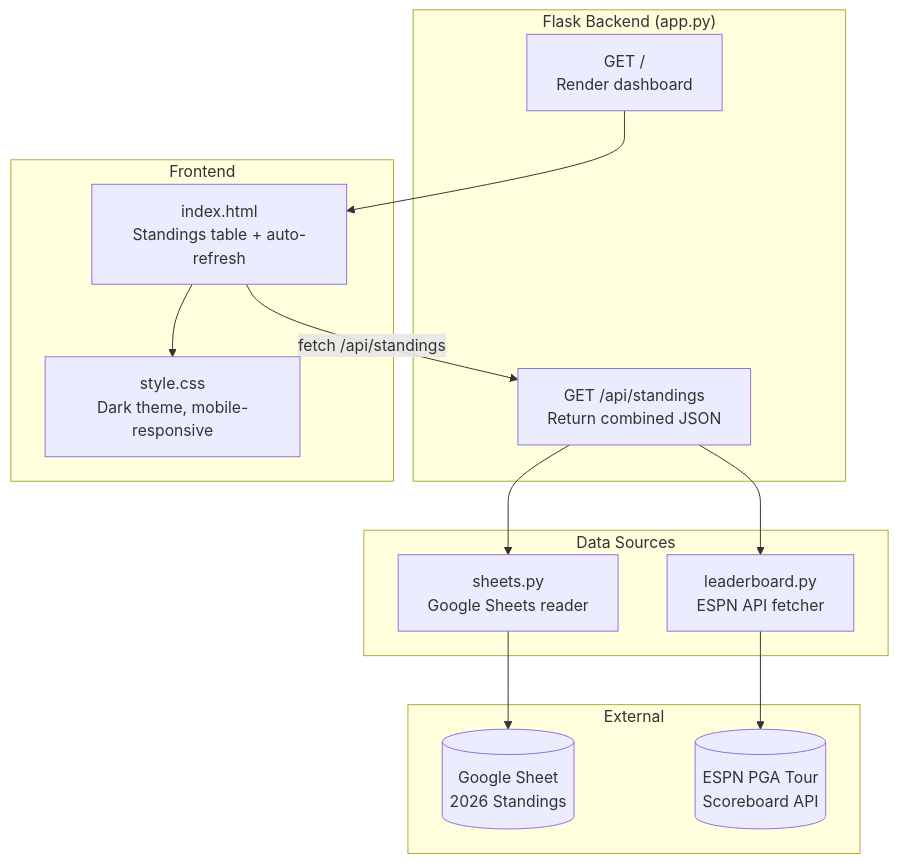
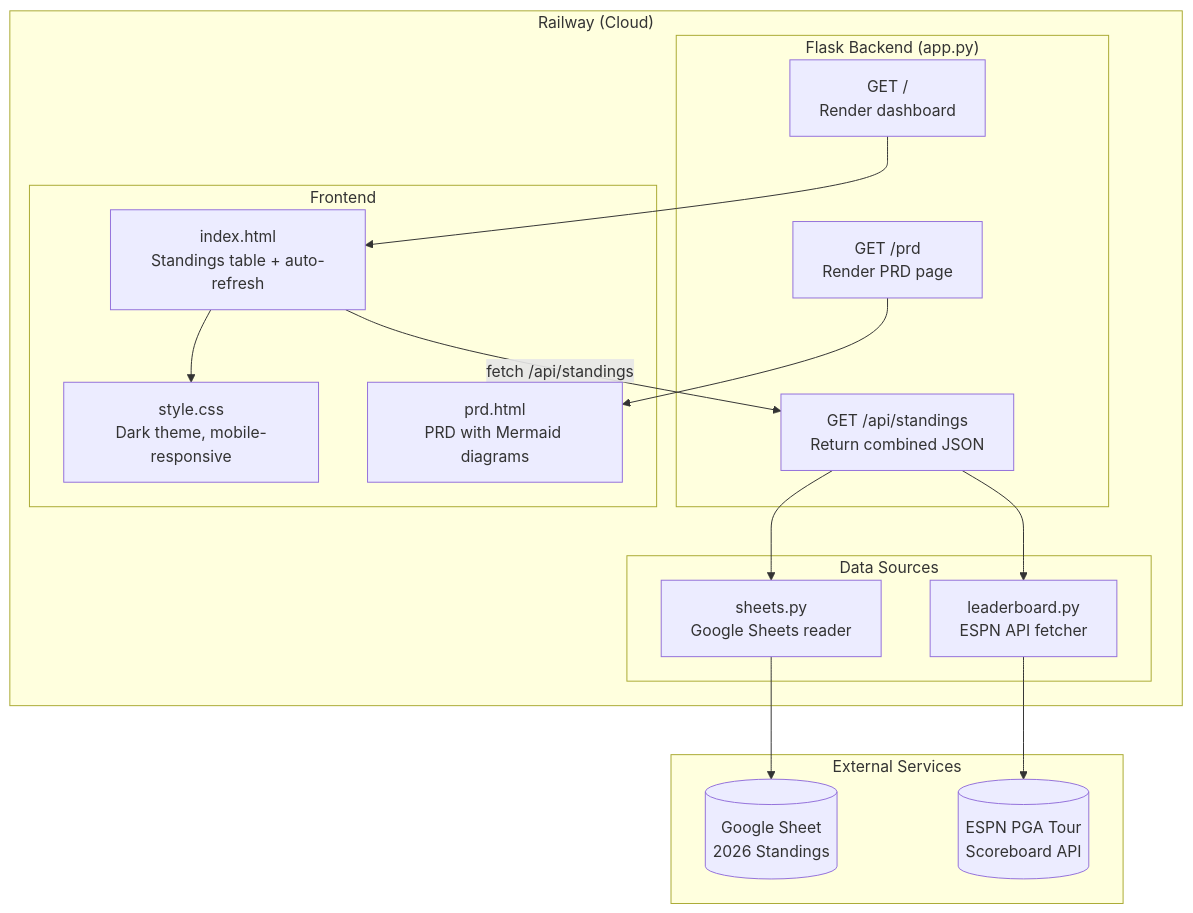
One commit to bcdray/raymond-golf-app changed the second of 3 diagrams in PRD.md. Above: the diagram before and after it, drawn with Mermaid. The commit also changed other lines of this file, not shown here.

Commit message:
Update PRD with full deployment details, name matching logic, and Railway setup

````diff
--- a/PRD.md
+++ b/PRD.md
@@ -52,30 +61,35 @@
 ```mermaid
 graph TD
-    subgraph "Flask Backend (app.py)"
-        R1["GET /\nRender dashboard"]
-        R2["GET /api/standings\nReturn combined JSON"]
+    subgraph "Railway (Cloud)"
+        subgraph "Flask Backend (app.py)"
+            R1["GET /\nRender dashboard"]
+            R2["GET /api/standings\nReturn combined JSON"]
+            R3["GET /prd\nRender PRD page"]
+        end
+
+        subgraph "Data Sources"
+            S["sheets.py\nGoogle Sheets reader"]
+            L["leaderboard.py\nESPN API fetcher"]
+        end
+
+        subgraph "Frontend"
+            H["index.html\nStandings table + auto-refresh"]
+            CSS["style.css\nDark theme, mobile-responsive"]
+            PRD["prd.html\nPRD with Mermaid diagrams"]
+        end
     end
 
-    subgraph "Data Sources"
-        S["sheets.py\nGoogle Sheets reader"]
-        L["leaderboard.py\nESPN API fetcher"]
-    end
-
-    subgraph "Frontend"
-        H["index.html\nStandings table + auto-refresh"]
-        CSS["style.css\nDark theme, mobile-responsive"]
-    end
-
-    subgraph "External"
+    subgraph "External Services"
         GS[("Google Sheet\n2026 Standings")]
         ESPN[("ESPN PGA Tour\nScoreboard API")]
     end
 
     R2 --> S
     R2 --> L
     S --> GS
     L --> ESPN
     R1 --> H
+    R3 --> PRD
     H --> CSS
     H -->|"fetch /api/standings"| R2
 ```
````
